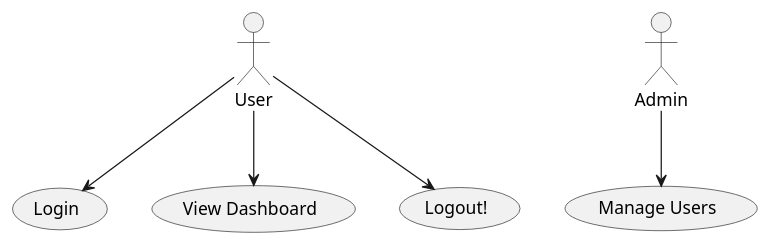
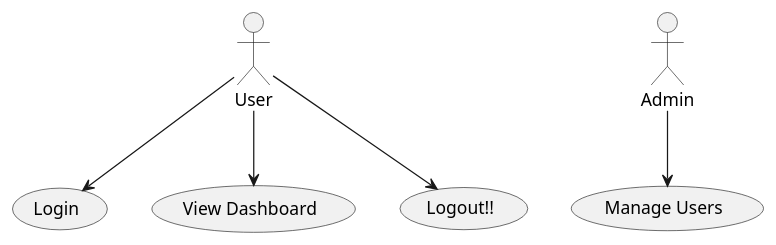
Before and after one commit to softwareDesign24/collaborateUML-ucd: the diagram in use-case.puml, drawn with PlantUML.

```diff
--- a/use-case.puml
+++ b/use-case.puml
@@ -1,6 +1,6 @@
 @startuml
 :User: --> (Login)
 :User: --> (View Dashboard)
-:User: --> (Logout!)
+:User: --> (Logout!!)
 :Admin: --> (Manage Users)
 @enduml
```
